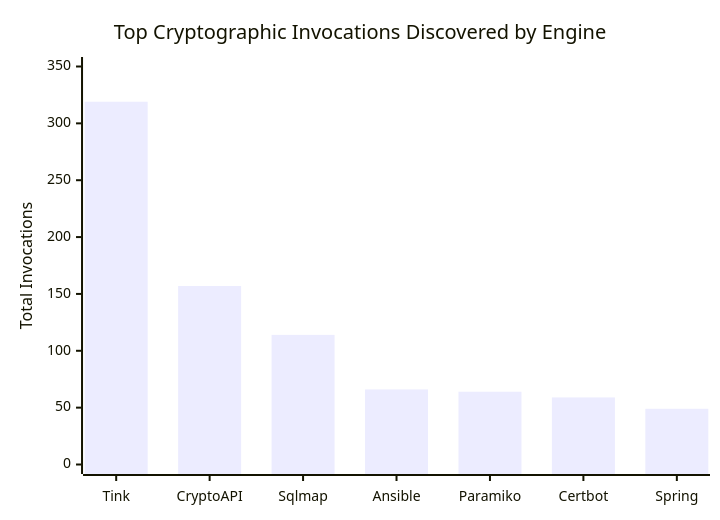
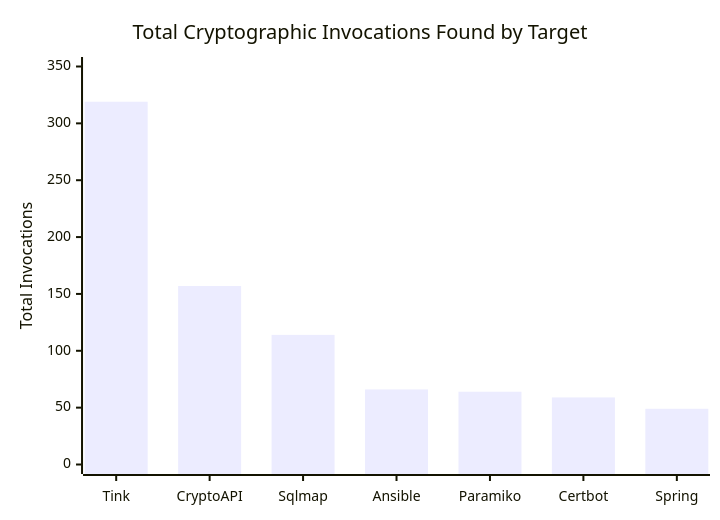
The diagram in docs/reports/Review_3_Final_Report.md (AviDhandhania/IDP-Project), drawn with Mermaid before and after one commit. The commit also changed other lines of this file and 1 other file, not shown here.

````diff
--- a/docs/reports/Review_3_Final_Report.md
+++ b/docs/reports/Review_3_Final_Report.md
@@ -114,7 +131,7 @@
 ```mermaid
 xychart-beta
-    title "Top Cryptographic Invocations Discovered by Engine"
+    title "Total Cryptographic Invocations Found by Target"
     x-axis ["Tink", "CryptoAPI", "Sqlmap", "Ansible", "Paramiko", "Certbot", "Spring"]
     y-axis "Total Invocations" 0 --> 350
     bar [319, 157, 114, 66, 64, 59, 49]
 ```
````
